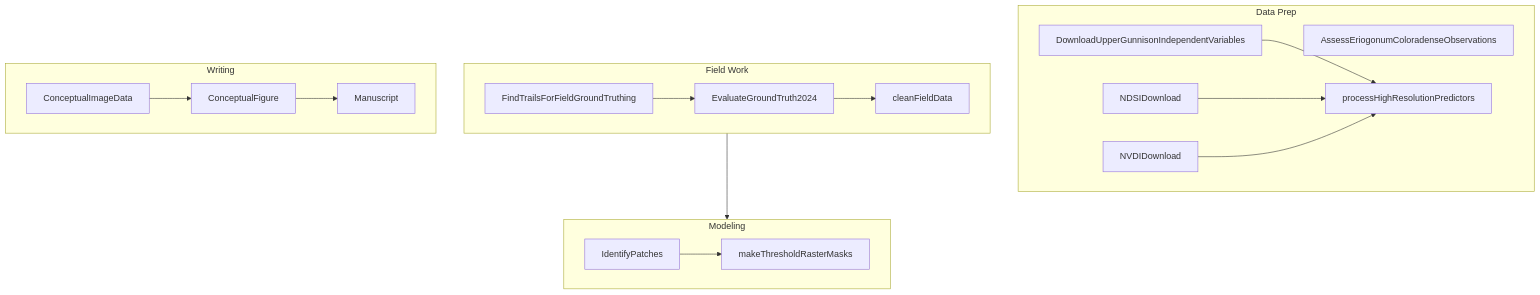
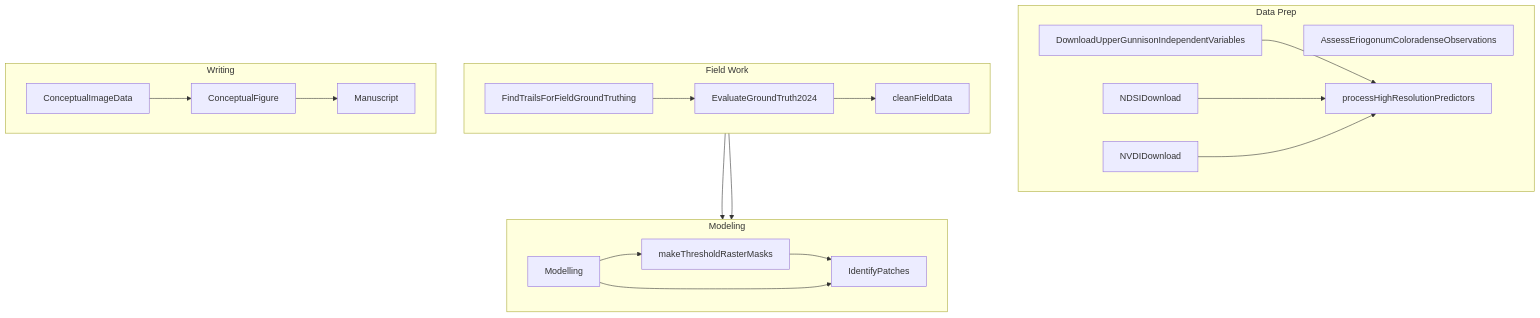
Before and after one commit to sagesteppe/Ecoloradense: the diagram in README.md, drawn with Mermaid.

````diff
--- a/README.md
+++ b/README.md
@@ -44,52 +44,56 @@
 ```mermaid
 %%{init: {'theme': 'base', 'themeVariables': {
     'clusterBkg': '#e0f7fa', /* Light cyan for Data Prep */
     'clusterBorder': '#00838f', /* Dark cyan border */
     'clusterTitle': '#004d40', /* Dark teal title text */
     'clusterText': '#004d40' /* Dark teal text */
 }}}%%
 graph TD
     %% Data Prep Subgraph
     subgraph DataPrep["Data Prep"]
         direction LR
         AssessEriogonumColoradenseObservations
         DownloadUpperGunnisonIndependentVariables
         processHighResolutionPredictors
         NDSIDownload
         NVDIDownload
     end
 
     %% Field Work Subgraph
     subgraph FieldWork["Field Work"]
         direction LR
         FindTrailsForFieldGroundTruthing
         EvaluateGroundTruth2024
         cleanFieldData
     end
 
     %% Modeling Subgraph
     subgraph Modeling["Modeling"]
         direction LR
+        Modelling
         IdentifyPatches
         makeThresholdRasterMasks
     end
 
     %% Writing Subgraph
     subgraph Writing["Writing"]
         direction LR
         ConceptualImageData
         ConceptualFigure
         Manuscript
     end
 
     %% Connections
     DownloadUpperGunnisonIndependentVariables --> processHighResolutionPredictors
     NDSIDownload --> processHighResolutionPredictors
     NVDIDownload --> processHighResolutionPredictors
     FindTrailsForFieldGroundTruthing --> EvaluateGroundTruth2024
     EvaluateGroundTruth2024 --> cleanFieldData
+    cleanFieldData --> Modelling
+    Modelling --> makeThresholdRasterMasks
+    makeThresholdRasterMasks --> IdentifyPatches
+    Modelling --> IdentifyPatches
     cleanFieldData --> IdentifyPatches
-    IdentifyPatches --> makeThresholdRasterMasks
     ConceptualImageData --> ConceptualFigure
     ConceptualFigure --> Manuscript
 ```
````
